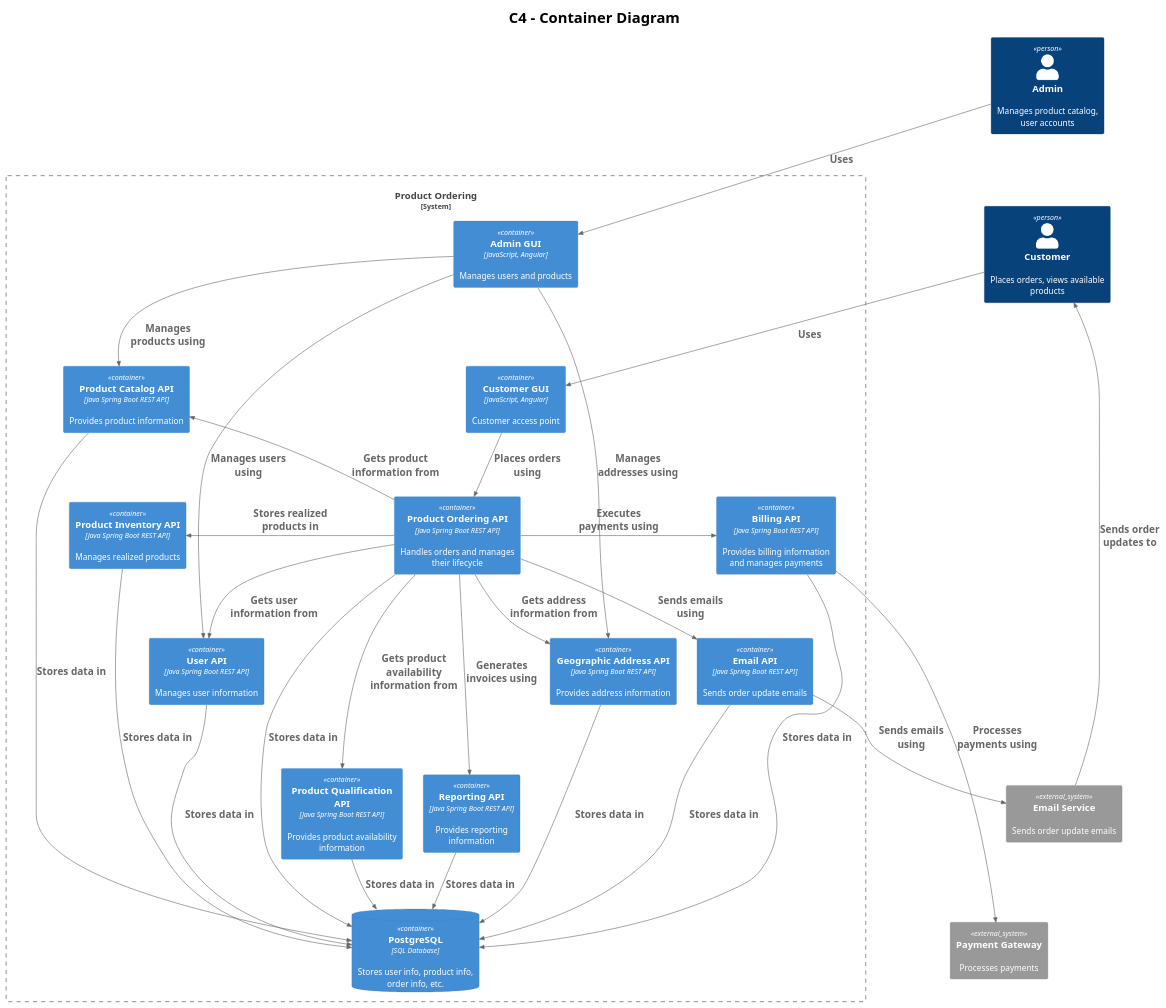
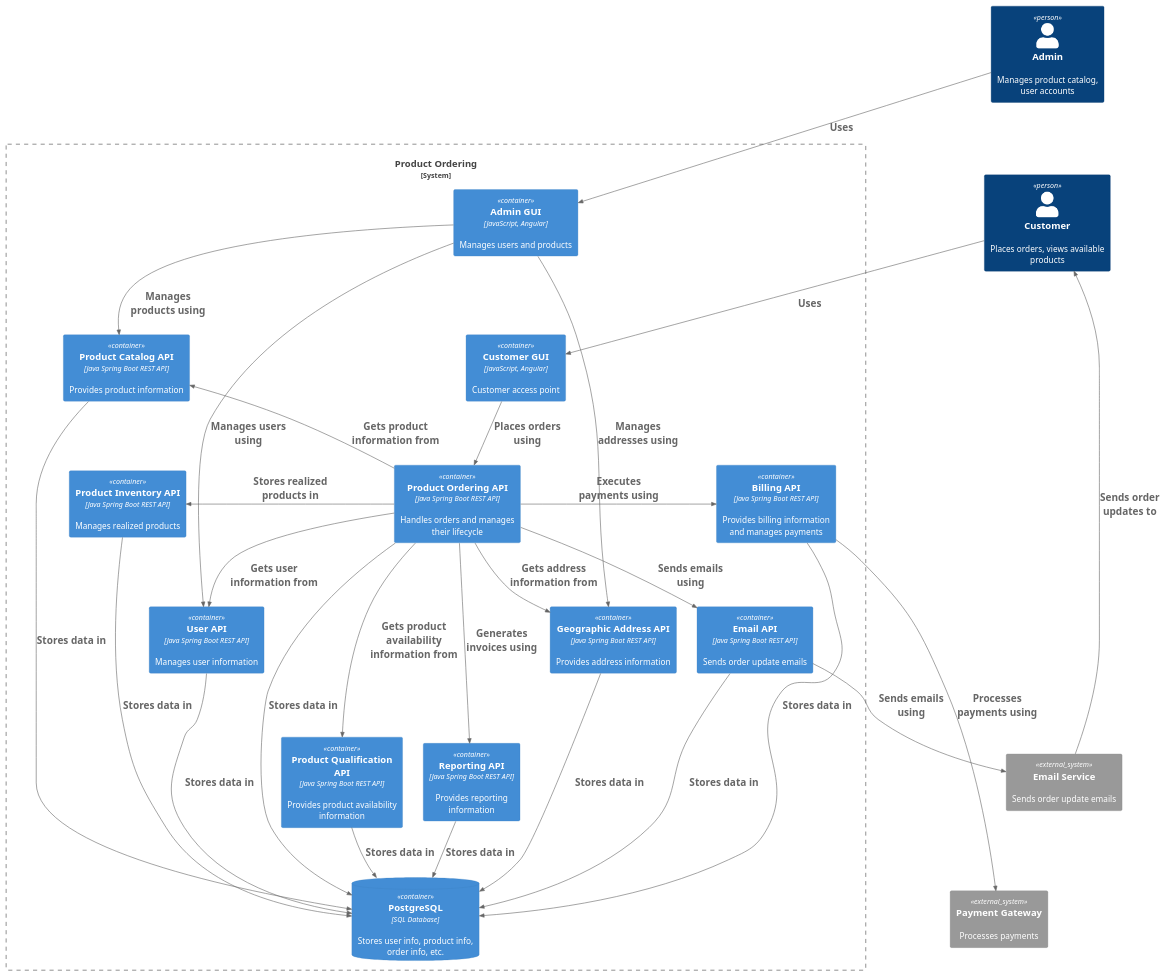
One commit to ensarhamzic/diplomski-rad-softversko-inzenjerstvo changed the diagram in c4/container/container.puml. Above: the diagram before and after it, drawn with PlantUML. The commit also changed 9 other files, not shown here.

Commit message:
remove titles from diagrams

```diff
--- a/c4/container/container.puml
+++ b/c4/container/container.puml
@@ -1,77 +1,74 @@
 @startuml
 !include https://raw.githubusercontent.com/plantuml-stdlib/C4-PlantUML/master/C4_Container.puml
 
-skinparam titleFontSize 25
 skinparam arrowFontSize 17
-
-title C4 - Container Diagram
 
 Person(customer, "Customer", "Places orders, views available products")
 Person(admin, "Admin", "Manages product catalog, user accounts")
 
 System_Boundary(system, "Product Ordering") {
     Container(orderApi, "Product Ordering API", "Java Spring Boot REST API", "Handles orders and manages their lifecycle")
     Container(catalogApi, "Product Catalog API", "Java Spring Boot REST API", "Provides product information")
     Container(inventoryApi, "Product Inventory API", "Java Spring Boot REST API", "Manages realized products")
     Container(userApi, "User API", "Java Spring Boot REST API", "Manages user information")
     Container(geoApi, "Geographic Address API", "Java Spring Boot REST API", "Provides address information")
     Container(qualificationApi, "Product Qualification API", "Java Spring Boot REST API", "Provides product availability information")
     Container(billingApi, "Billing API", "Java Spring Boot REST API", "Provides billing information and manages payments")
     Container(emailApi, "Email API", "Java Spring Boot REST API", "Sends order update emails")
     Container(reportingApi, "Reporting API", "Java Spring Boot REST API", "Provides reporting information")
     Container(adminGui, "Admin GUI", "JavaScript, Angular", "Manages users and products")
     Container(customerGui, "Customer GUI", "JavaScript, Angular", "Customer access point")
     ContainerDb(postgresDb, "PostgreSQL", "SQL Database", "Stores user info, product info, order info, etc.")
 }
 
 System_Ext(paymentService, "Payment Gateway", "Processes payments")
 System_Ext(emailService, "Email Service", "Sends order update emails")
 
 Lay_D(admin,customer)
 Lay_D(emailService,paymentService)
 Lay_D(admin,emailService)
 Lay_D(customer,emailService)
 
 Lay_D(orderApi,catalogApi)
 Lay_D(catalogApi,inventoryApi)
 Lay_D(inventoryApi,userApi)
 Lay_D(geoApi,qualificationApi)
 Lay_R(orderApi,billingApi)
 Lay_D(billingApi,emailApi)
 Lay_D(emailApi,reportingApi)
 Lay_D(adminGui, customerGui)
 
 Lay_R(billingApi,postgresDb)
 
 Rel_L(orderApi, catalogApi, "Gets product information from")
 Rel_L(orderApi, inventoryApi, "Stores realized products in")
 Rel(orderApi, userApi, "Gets user information from")
 Rel(orderApi, geoApi, "Gets address information from")
 Rel_L(orderApi, qualificationApi, "Gets product availability information from")
 Rel_L(orderApi, billingApi, "Executes payments using")
 Rel(orderApi, emailApi, "Sends emails using")
 Rel_L(orderApi, reportingApi, "Generates invoices using")
 
 Rel(orderApi, postgresDb, "Stores data in")
 Rel(catalogApi, postgresDb, "Stores data in")
 Rel(inventoryApi, postgresDb, "Stores data in")
 Rel(userApi, postgresDb, "Stores data in")
 Rel(geoApi, postgresDb, "Stores data in")
 Rel(qualificationApi, postgresDb, "Stores data in")
 Rel(billingApi, postgresDb, "Stores data in")
 Rel(emailApi, postgresDb, "Stores data in")
 Rel(reportingApi, postgresDb, "Stores data in")
 
 Rel(customer, customerGui, "Uses")
 Rel(admin, adminGui, "Uses")
 
 Rel(customerGui, orderApi, "Places orders using")
 Rel(adminGui, catalogApi, "Manages products using")
 Rel(adminGui, userApi, "Manages users using")
 Rel(adminGui, geoApi, "Manages addresses using")
 
 Rel(billingApi, paymentService, "Processes payments using")
 Rel(emailApi, emailService, "Sends emails using")
 Rel(emailService, customer, "Sends order updates to")
 
 @enduml
```
